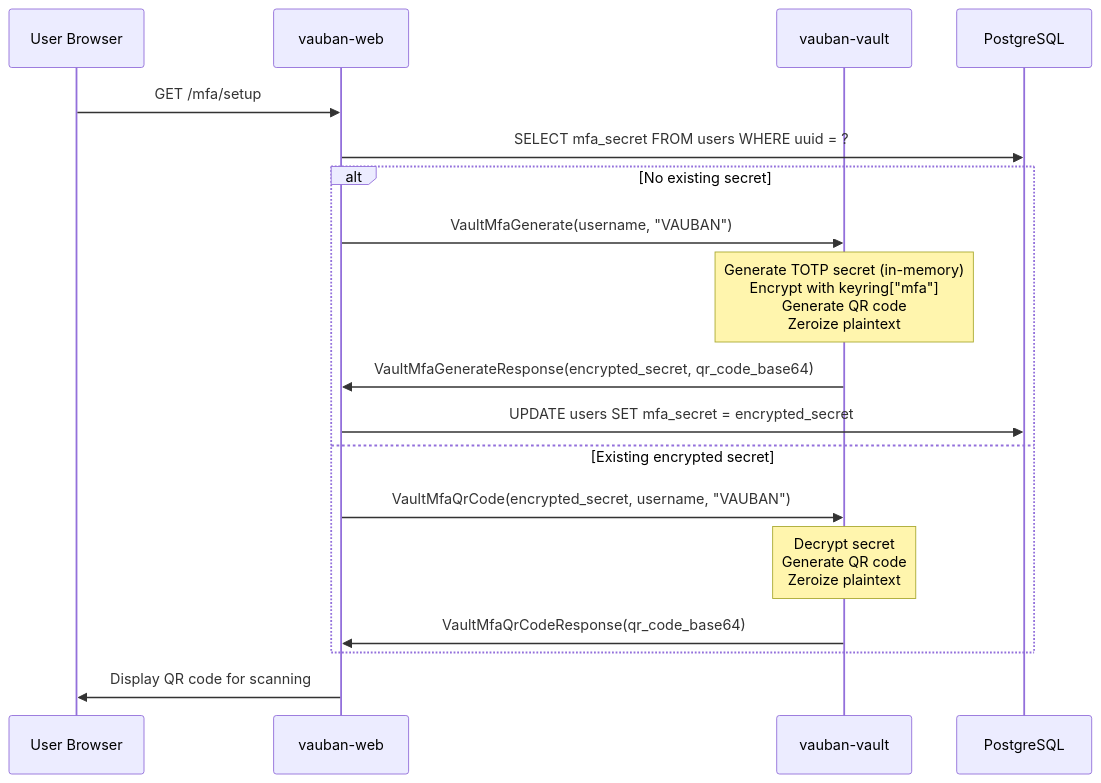
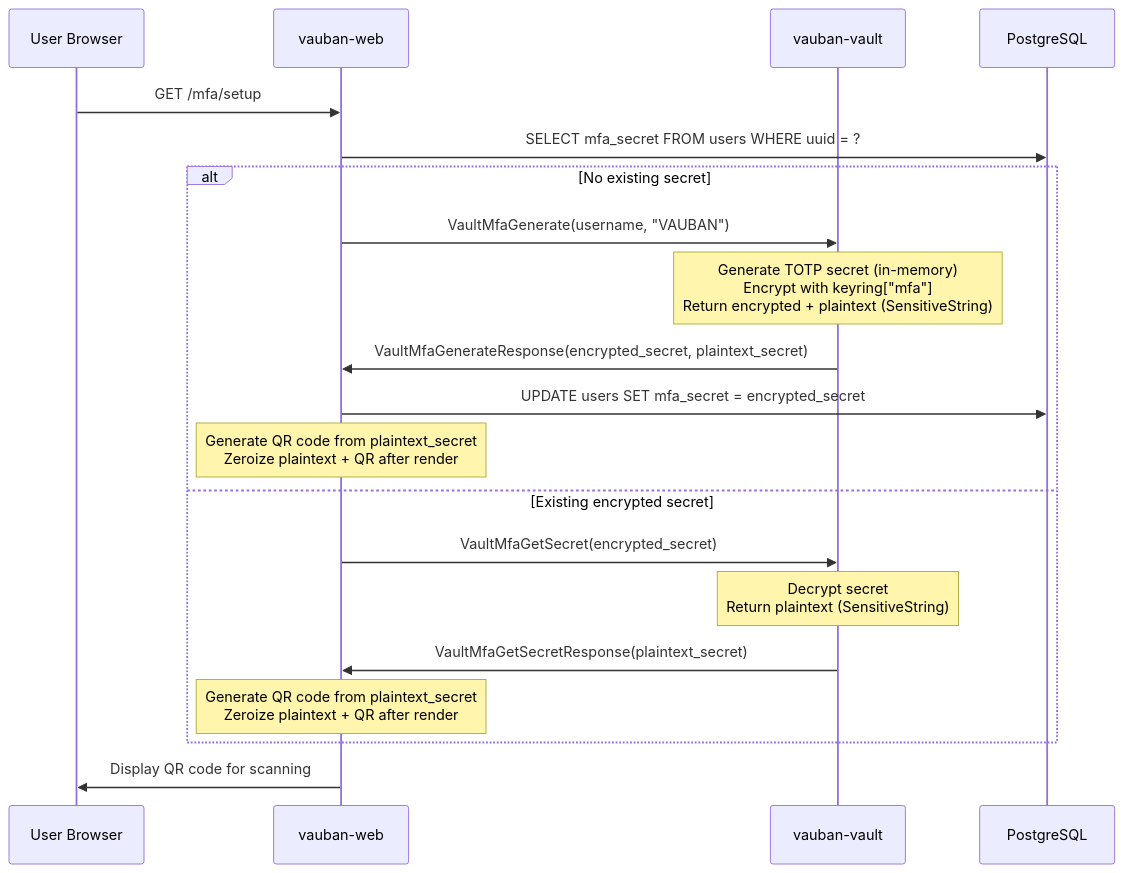
Before and after one commit to rbenaley/Vauban: the fourth of 10 diagrams in docs/technical/Vauban_Vault_Architecture_EN(1.0).md, drawn with Mermaid. The commit also changed other lines of this file and 10 other files, not shown here.

First line of the commit message:
refactor: move QR code generation from vauban-vault to vauban-web

````diff
--- a/docs/technical/Vauban_Vault_Architecture_EN(1.0).md
+++ b/docs/technical/Vauban_Vault_Architecture_EN(1.0).md
@@ -397,23 +393,25 @@
 ```mermaid
 sequenceDiagram
     participant U as User Browser
     participant W as vauban-web
     participant V as vauban-vault
     participant DB as PostgreSQL
 
     U->>W: GET /mfa/setup
     W->>DB: SELECT mfa_secret FROM users WHERE uuid = ?
     
     alt No existing secret
         W->>V: VaultMfaGenerate(username, "VAUBAN")
-        Note over V: Generate TOTP secret (in-memory)<br/>Encrypt with keyring["mfa"]<br/>Generate QR code<br/>Zeroize plaintext
-        V->>W: VaultMfaGenerateResponse(encrypted_secret, qr_code_base64)
+        Note over V: Generate TOTP secret (in-memory)<br/>Encrypt with keyring["mfa"]<br/>Return encrypted + plaintext (SensitiveString)
+        V->>W: VaultMfaGenerateResponse(encrypted_secret, plaintext_secret)
         W->>DB: UPDATE users SET mfa_secret = encrypted_secret
+        Note over W: Generate QR code from plaintext_secret<br/>Zeroize plaintext + QR after render
     else Existing encrypted secret
-        W->>V: VaultMfaQrCode(encrypted_secret, username, "VAUBAN")
-        Note over V: Decrypt secret<br/>Generate QR code<br/>Zeroize plaintext
-        V->>W: VaultMfaQrCodeResponse(qr_code_base64)
+        W->>V: VaultMfaGetSecret(encrypted_secret)
+        Note over V: Decrypt secret<br/>Return plaintext (SensitiveString)
+        V->>W: VaultMfaGetSecretResponse(plaintext_secret)
+        Note over W: Generate QR code from plaintext_secret<br/>Zeroize plaintext + QR after render
     end
     
     W->>U: Display QR code for scanning
 ```
````
